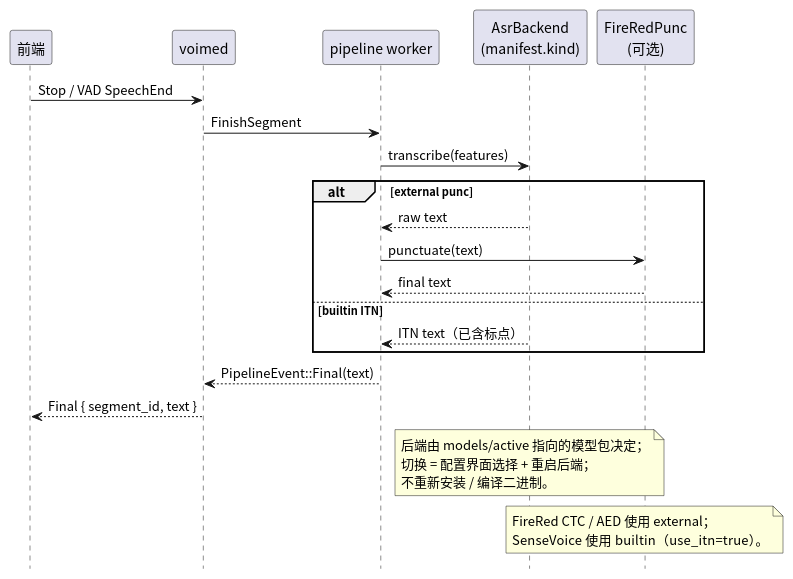
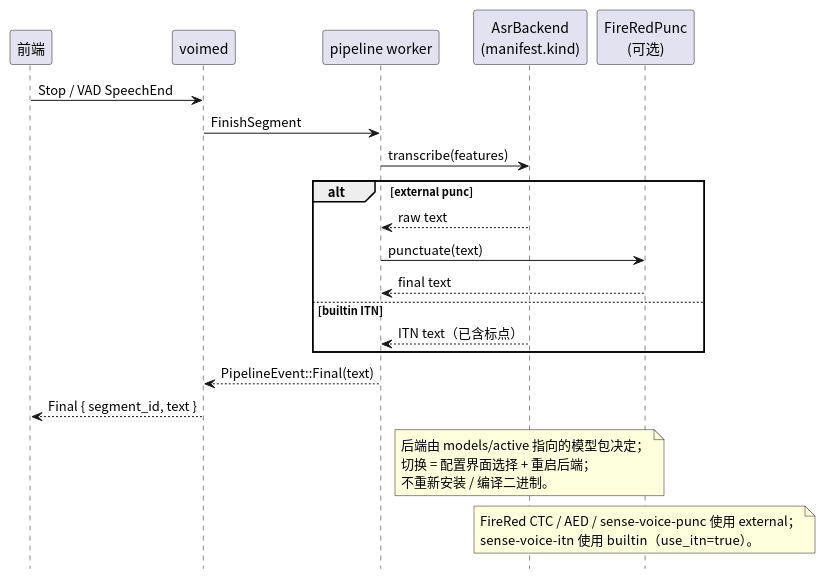
One commit to 54m43lJ/voime changed the diagram in diagram/sensevoice-migration.puml. Above: the diagram before and after it, drawn with PlantUML. The commit also changed 2 other files, not shown here.

Commit message:
docs: 收敛中英文目标与 SenseVoice 变体、AED 实验定位

```diff
--- a/diagram/sensevoice-migration.puml
+++ b/diagram/sensevoice-migration.puml
@@ -1,33 +1,33 @@
 @startuml
 skinparam defaultFontName "Noto Sans CJK SC"
 skinparam shadowing false
 hide footbox
 
 participant "前端" as Frontend
 participant "voimed" as Daemon
 participant "pipeline worker" as Pipeline
 participant "AsrBackend\n(manifest.kind)" as Asr
 participant "FireRedPunc\n(可选)" as Punc
 
 Frontend -> Daemon : Stop / VAD SpeechEnd
 Daemon -> Pipeline : FinishSegment
 Pipeline -> Asr : transcribe(features)
 alt external punc
   Asr --> Pipeline : raw text
   Pipeline -> Punc : punctuate(text)
   Punc --> Pipeline : final text
 else builtin ITN
   Asr --> Pipeline : ITN text（已含标点）
 end
 Pipeline --> Daemon : PipelineEvent::Final(text)
 Daemon --> Frontend : Final { segment_id, text }
 note over Asr
   后端由 models/active 指向的模型包决定；
   切换 = 配置界面选择 + 重启后端；
   不重新安装 / 编译二进制。
 end note
 note over Punc
-  FireRed CTC / AED 使用 external；
-  SenseVoice 使用 builtin（use_itn=true）。
+  FireRed CTC / AED / sense-voice-punc 使用 external；
+  sense-voice-itn 使用 builtin（use_itn=true）。
 end note
 @enduml
```
